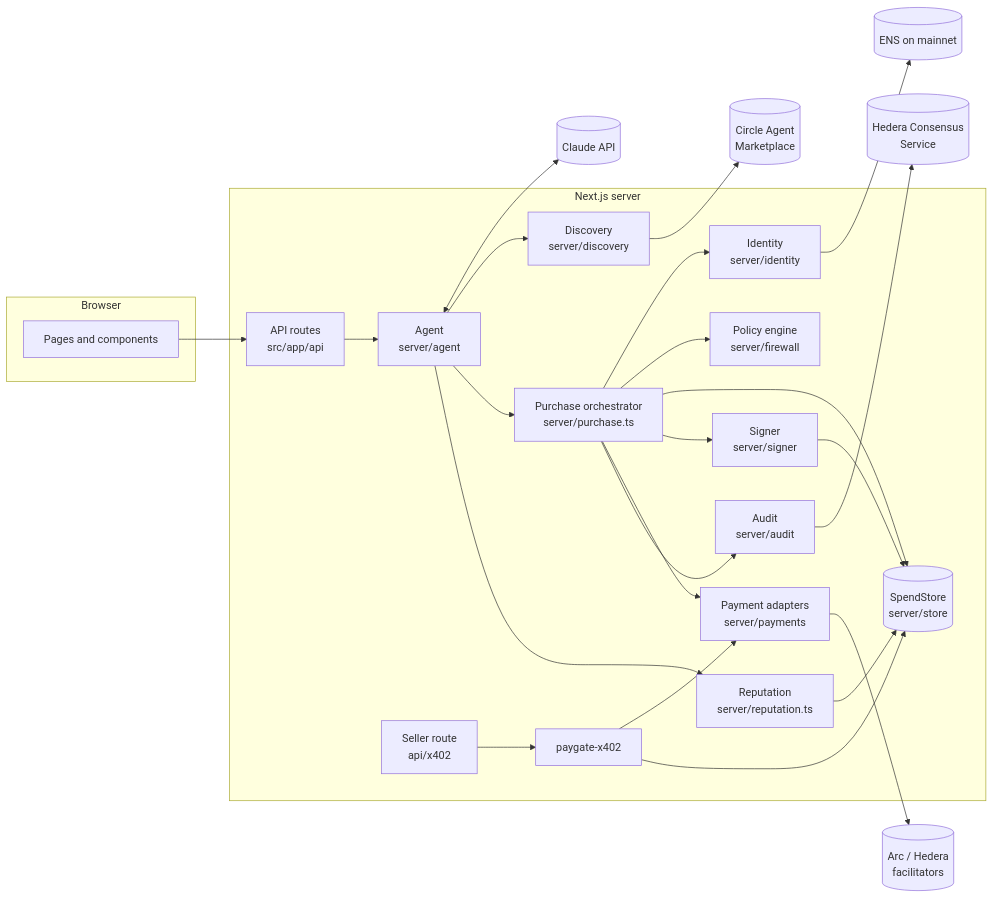
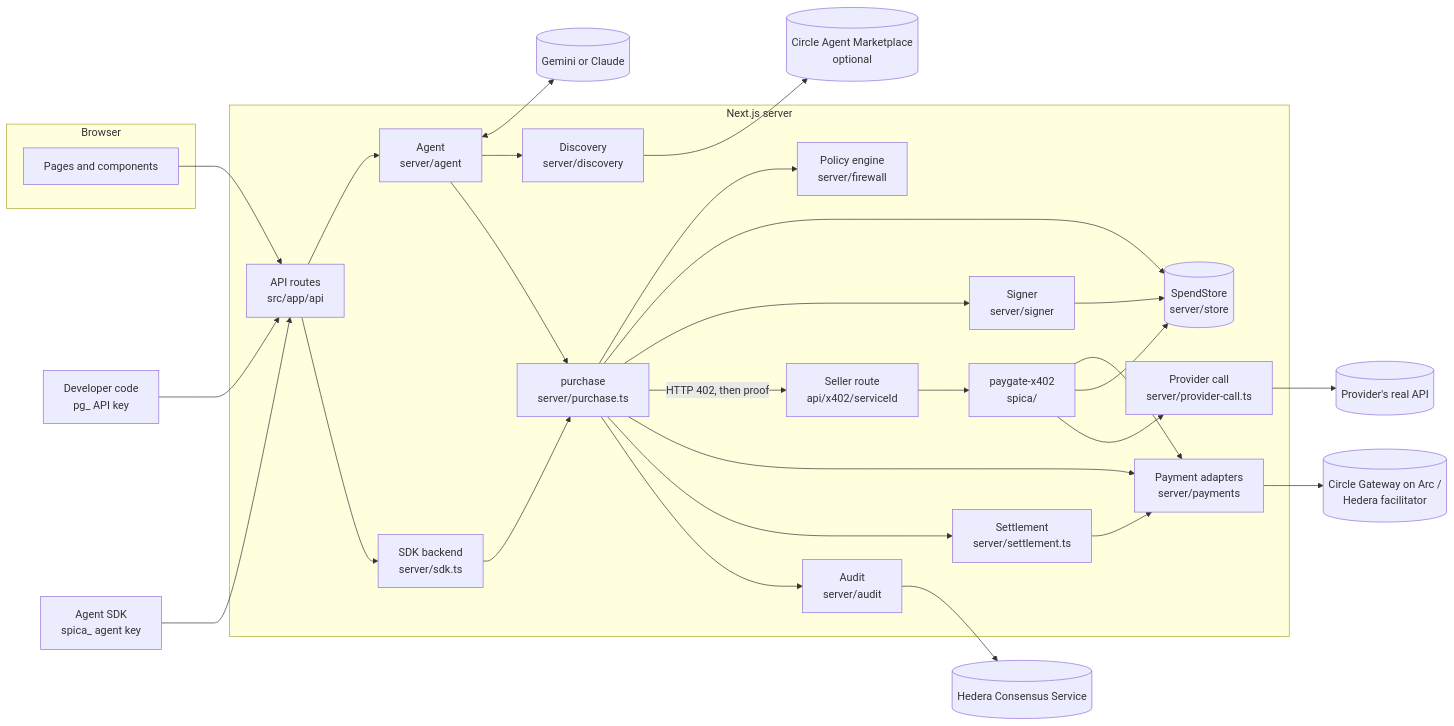
Before and after one commit to d-even/Spica: the first of 3 diagrams in docs/architecture.md, drawn with Mermaid. The commit also changed other lines of this file and 14 other files, not shown here.

````diff
--- a/docs/architecture.md
+++ b/docs/architecture.md
@@ -7,41 +9,48 @@
 ```mermaid
 flowchart LR
     subgraph Browser
       UI[Pages and components]
     end
+    Dev[Developer code<br/>pg_ API key]
+    SDK[Agent SDK<br/>spica_ agent key]
     subgraph "Next.js server"
       API[API routes<br/>src/app/api]
       AG[Agent<br/>server/agent]
+      SK[SDK backend<br/>server/sdk.ts]
       DI[Discovery<br/>server/discovery]
-      PU[Purchase orchestrator<br/>server/purchase.ts]
+      PU[purchase<br/>server/purchase.ts]
       FW[Policy engine<br/>server/firewall]
-      ID[Identity<br/>server/identity]
       SG[Signer<br/>server/signer]
       PA[Payment adapters<br/>server/payments]
       ST[(SpendStore<br/>server/store)]
-      SR[Seller route<br/>api/x402]
-      MW[paygate-x402]
+      SR[Seller route<br/>api/x402/serviceId]
+      MW[paygate-x402<br/>spica/]
+      PC[Provider call<br/>server/provider-call.ts]
+      SE[Settlement<br/>server/settlement.ts]
       AU[Audit<br/>server/audit]
-      RP[Reputation<br/>server/reputation.ts]
     end
-    Claude[(Claude API)]
-    Circle[(Circle Agent<br/>Marketplace)]
-    Chains[(Arc / Hedera<br/>facilitators)]
-    ENS[(ENS on mainnet)]
-    HCS[(Hedera Consensus<br/>Service)]
+    LLM[(Gemini or Claude)]
+    Circle[(Circle Agent Marketplace<br/>optional)]
+    Chains[(Circle Gateway on Arc /<br/>Hedera facilitator)]
+    Prov[(Provider's real API)]
+    HCS[(Hedera Consensus Service)]
 
     UI --> API
+    Dev --> API
+    SDK --> API
     API --> AG
-    AG <--> Claude
+    API --> SK --> PU
+    AG <--> LLM
     AG --> DI --> Circle
     AG --> PU
-    PU --> ID --> ENS
     PU --> FW
     PU --> ST
     PU --> SG --> ST
+    PU -- HTTP 402, then proof --> SR
     PU --> PA --> Chains
-    PU --> AU --> HCS
-    AG --> RP --> ST
     SR --> MW --> PA
     MW --> ST
+    MW --> PC --> Prov
+    PU --> SE --> PA
+    PU --> AU --> HCS
 ```
````
